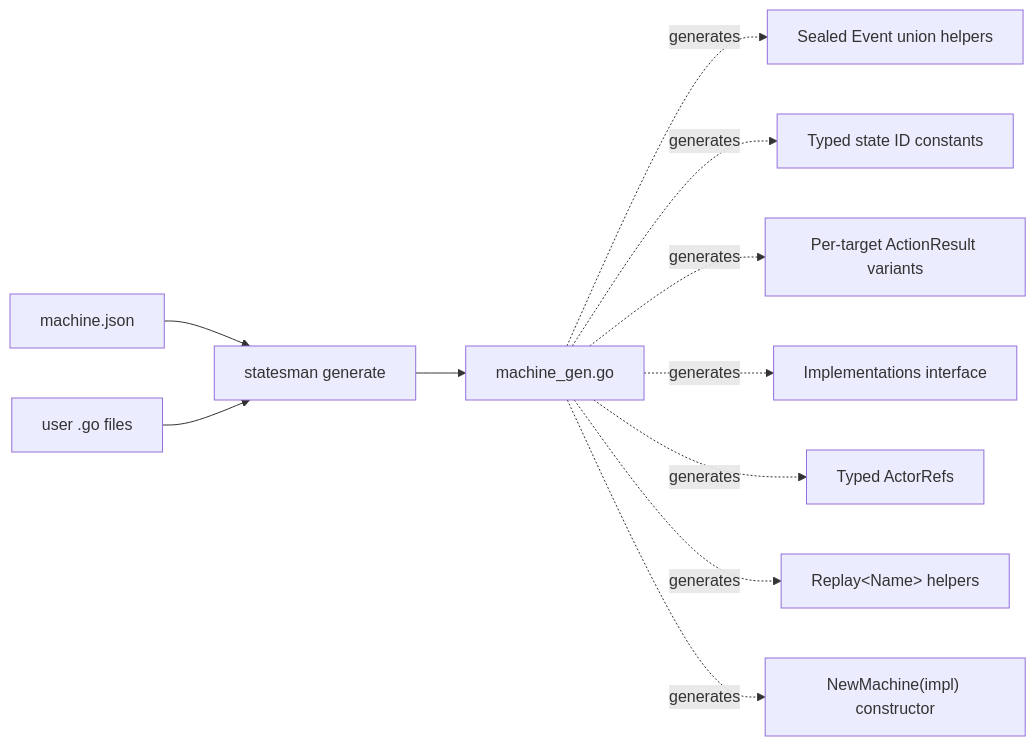
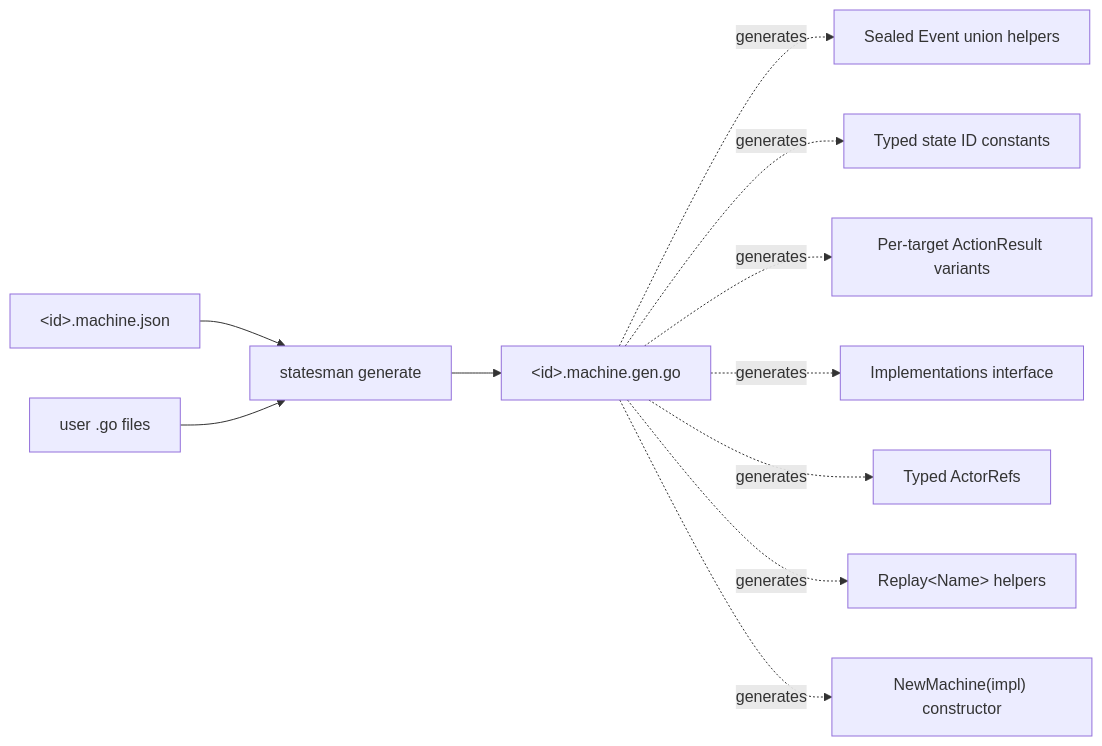
One commit to andrioid/statesman changed the third of 7 diagrams in statesman-architecture.md. Above: the diagram before and after it, drawn with Mermaid. The commit also changed other lines of this file and 18 other files, not shown here.

````diff
--- a/statesman-architecture.md
+++ b/statesman-architecture.md
@@ -315,13 +321,13 @@
 ```mermaid
 flowchart LR
-    M[machine.json] --> CG["statesman generate"]
+    M[&lt;id&gt;.machine.json] --> CG["statesman generate"]
     UT[user .go files] --> CG
-    CG --> O[machine_gen.go]
+    CG --> O[&lt;id&gt;.machine.gen.go]
     O -.->|generates| ES[Sealed Event union helpers]
     O -.->|generates| ST[Typed state ID constants]
     O -.->|generates| AP[Per-target ActionResult variants]
     O -.->|generates| II[Implementations interface]
     O -.->|generates| TR[Typed ActorRefs]
     O -.->|generates| RH["Replay&lt;Name&gt; helpers"]
     O -.->|generates| NC["NewMachine(impl) constructor"]
 ```
````
